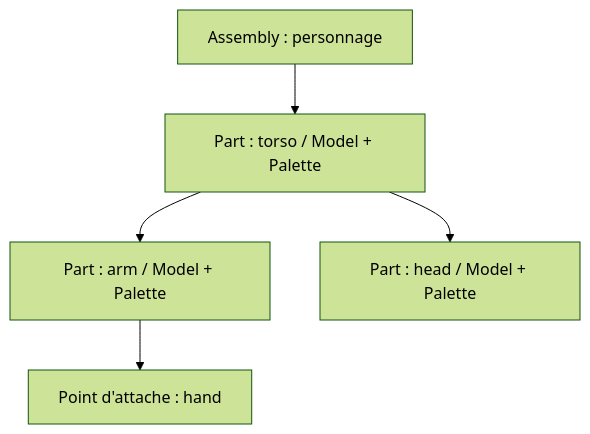
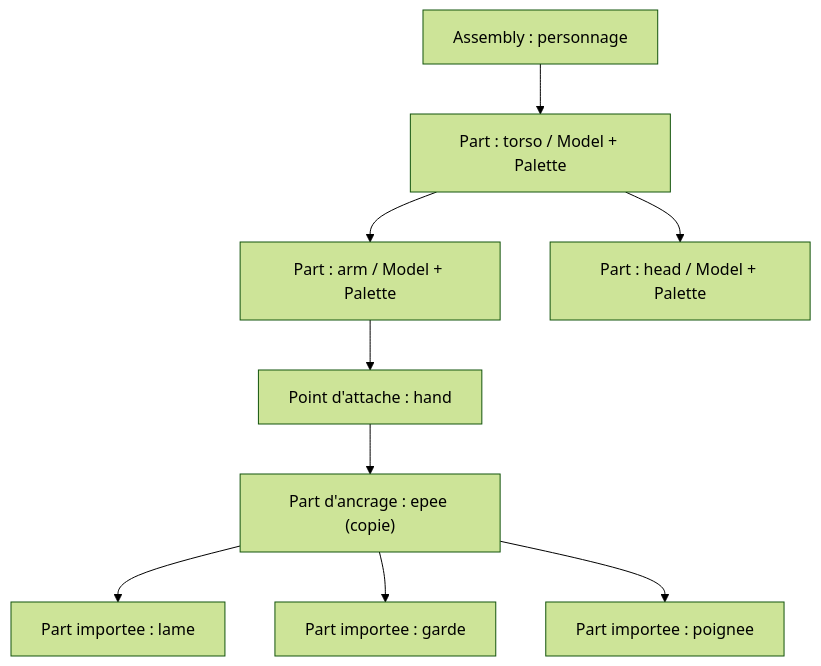
The first of 2 diagrams in docs/voxel-engine-v0.1.4/06-assemblies-scene.md (EreliaStudio/Sparkle), drawn with Mermaid (forest theme) before and after one commit. The commit also changed other lines of this file, not shown here.

Commit message:
docs(v0.1.4): validate Q-ARCH-004 Assembly insertion by copied Part expansion

````diff
--- a/docs/voxel-engine-v0.1.4/06-assemblies-scene.md
+++ b/docs/voxel-engine-v0.1.4/06-assemblies-scene.md
@@ -13,7 +13,11 @@
 ```mermaid
 flowchart TD
   Root["Assembly : personnage"] --> Torso["Part : torso / Model + Palette"]
   Torso --> Arm["Part : arm / Model + Palette"]
   Arm --> Hand["Point d'attache : hand"]
+  Hand --> Mount["Part d'ancrage : epee (copie)"]
+  Mount --> Blade["Part importee : lame"]
+  Mount --> Guard["Part importee : garde"]
+  Mount --> Grip["Part importee : poignee"]
   Torso --> Head["Part : head / Model + Palette"]
 ```
````
